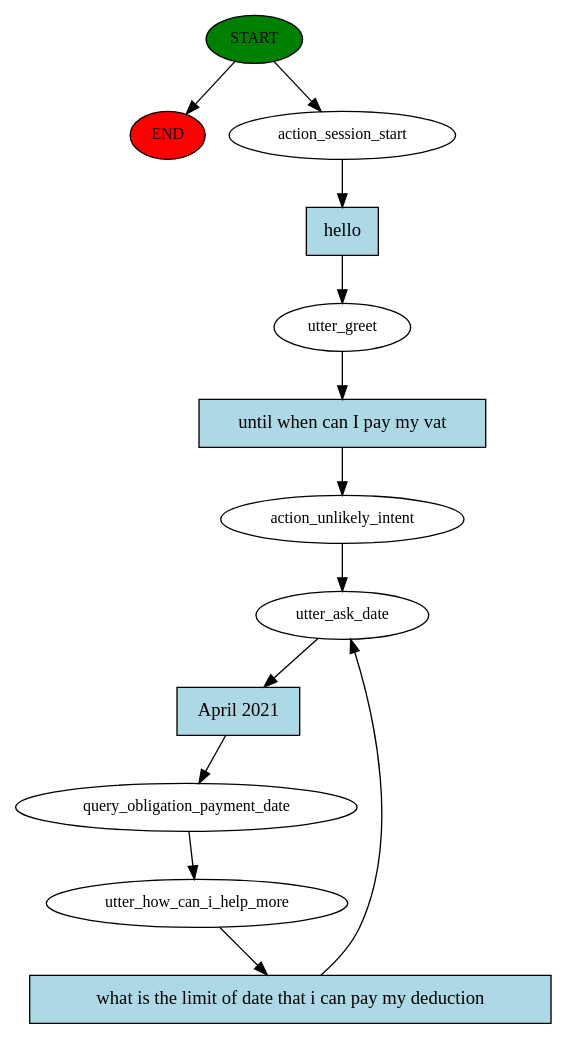
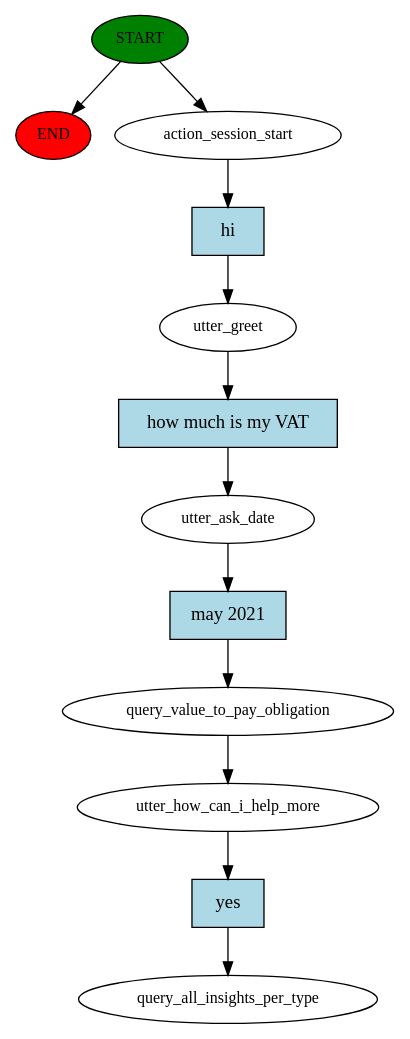
The diagram in story_graph.dot (isabelSoares/PrimaveraChatBot), drawn with Graphviz before and after one commit. The commit also changed 11 other files, not shown here.

```diff
--- a/story_graph.dot
+++ b/story_graph.dot
@@ -1,26 +1,25 @@
 digraph  {
 0 [class="start active", fillcolor=green, fontsize=12, label=START, style=filled];
 "-1" [class=end, fillcolor=red, fontsize=12, label=END, style=filled];
 1 [class=active, fontsize=12, label=action_session_start];
 2 [class=active, fontsize=12, label=utter_greet];
-3 [class=active, fontsize=12, label=action_unlikely_intent];
-4 [class=active, fontsize=12, label=utter_ask_date];
-5 [class=active, fontsize=12, label=query_obligation_payment_date];
-6 [class="active dashed", fontsize=12, label=utter_how_can_i_help_more];
-10 [class="intent active", fillcolor=lightblue, label=hello, shape=rect, style=filled];
-11 [class="intent active", fillcolor=lightblue, label="until when can I pay my vat", shape=rect, style=filled];
-12 [class="intent active", fillcolor=lightblue, label="April 2021", shape=rect, style=filled];
-13 [class="intent active", fillcolor=lightblue, label="what is the limit of date that i can pay my deduction", shape=rect, style=filled];
+3 [class=active, fontsize=12, label=utter_ask_date];
+4 [class=active, fontsize=12, label=query_value_to_pay_obligation];
+5 [class=active, fontsize=12, label=utter_how_can_i_help_more];
+6 [class="dashed active", fontsize=12, label=query_all_insights_per_type];
+7 [class="intent active", fillcolor=lightblue, label=hi, shape=rect, style=filled];
+8 [class="intent active", fillcolor=lightblue, label="how much is my VAT", shape=rect, style=filled];
+9 [class="intent active", fillcolor=lightblue, label="may 2021", shape=rect, style=filled];
+10 [class="intent active", fillcolor=lightblue, label=yes, shape=rect, style=filled];
 0 -> "-1"  [class="", key=NONE, label=""];
 0 -> 1  [class=active, key=NONE, label=""];
-1 -> 10  [class=active, key=0];
-2 -> 11  [class=active, key=0];
-3 -> 4  [class=active, key=NONE, label=""];
-4 -> 12  [class=active, key=0];
-5 -> 6  [class=active, key=NONE, label=""];
-6 -> 13  [class=active, key=0];
-10 -> 2  [class=active, key=0];
-11 -> 3  [class=active, key=0];
-12 -> 5  [class=active, key=0];
-13 -> 4  [class=active, key=0];
+1 -> 7  [class=active, key=0];
+2 -> 8  [class=active, key=0];
+3 -> 9  [class=active, key=0];
+4 -> 5  [class=active, key=NONE, label=""];
+5 -> 10  [class=active, key=0];
+7 -> 2  [class=active, key=0];
+8 -> 3  [class=active, key=0];
+9 -> 4  [class=active, key=0];
+10 -> 6  [class=active, key=0];
 }
```
